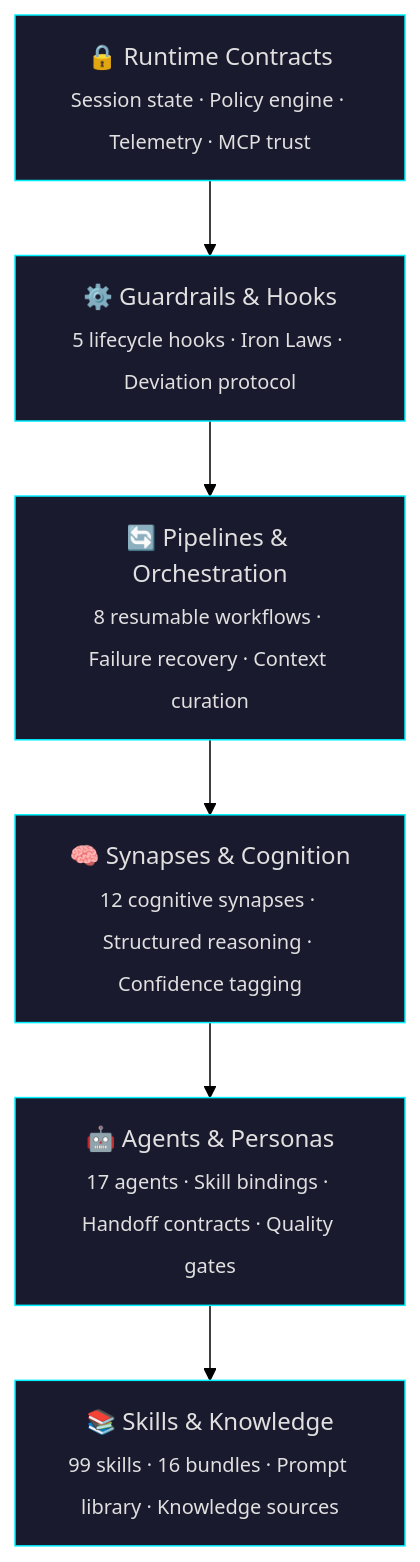
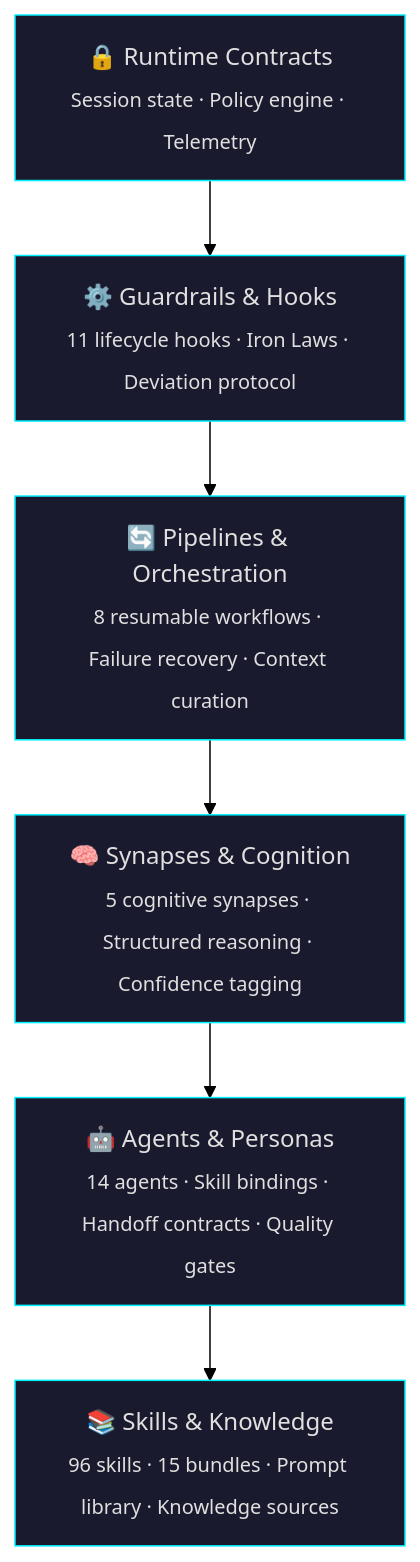
Before and after one commit to SufficientDaikon/archon: the first of 3 diagrams in README.md, drawn with Mermaid (forest theme). The commit also changed other lines of this file, not shown here.

````diff
--- a/README.md
+++ b/README.md
@@ -142,18 +79,18 @@
 ```mermaid
 graph TD
-    RT["🔒 Runtime Contracts<br><sub>Session state · Policy engine · Telemetry · MCP trust</sub>"]
-    GH["⚙️ Guardrails & Hooks<br><sub>5 lifecycle hooks · Iron Laws · Deviation protocol</sub>"]
+    RT["🔒 Runtime Contracts<br><sub>Session state · Policy engine · Telemetry</sub>"]
+    GH["⚙️ Guardrails & Hooks<br><sub>11 lifecycle hooks · Iron Laws · Deviation protocol</sub>"]
     PO["🔄 Pipelines & Orchestration<br><sub>8 resumable workflows · Failure recovery · Context curation</sub>"]
-    SC["🧠 Synapses & Cognition<br><sub>12 cognitive synapses · Structured reasoning · Confidence tagging</sub>"]
-    AP["🤖 Agents & Personas<br><sub>17 agents · Skill bindings · Handoff contracts · Quality gates</sub>"]
-    SK["📚 Skills & Knowledge<br><sub>99 skills · 16 bundles · Prompt library · Knowledge sources</sub>"]
+    SC["🧠 Synapses & Cognition<br><sub>5 cognitive synapses · Structured reasoning · Confidence tagging</sub>"]
+    AP["🤖 Agents & Personas<br><sub>14 agents · Skill bindings · Handoff contracts · Quality gates</sub>"]
+    SK["📚 Skills & Knowledge<br><sub>96 skills · 15 bundles · Prompt library · Knowledge sources</sub>"]
 
     RT --> GH --> PO --> SC --> AP --> SK
 
     style RT fill:#1a1a2e,stroke:#00F0FF,color:#e0e0e0
     style GH fill:#1a1a2e,stroke:#00F0FF,color:#e0e0e0
     style PO fill:#1a1a2e,stroke:#00F0FF,color:#e0e0e0
     style SC fill:#1a1a2e,stroke:#00F0FF,color:#e0e0e0
     style AP fill:#1a1a2e,stroke:#00F0FF,color:#e0e0e0
     style SK fill:#1a1a2e,stroke:#00F0FF,color:#e0e0e0
 ```
````
